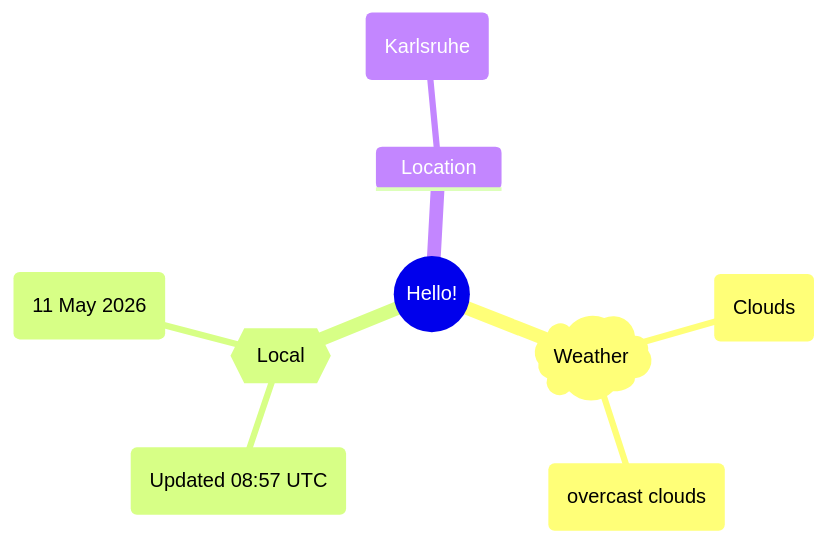
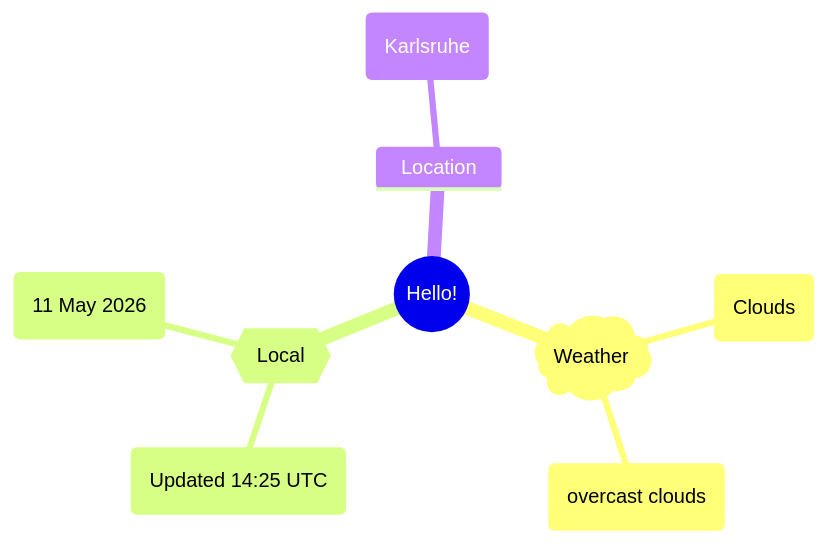
Before and after one commit to Xosrov/Xosrov: the first of 2 diagrams in README.md, drawn with Mermaid.

Commit message:
[bot] updated images

````diff
--- a/README.md
+++ b/README.md
@@ -3,12 +3,12 @@
 ```mermaid
 mindmap
   root((Hello!))
     )Weather(
         (Clouds)
         (overcast clouds)
     {{Local}}
-        (Updated 08:57 UTC)
+        (Updated 14:25 UTC)
         (11 May 2026)
     Location
         (Karlsruhe)
 ```
````
